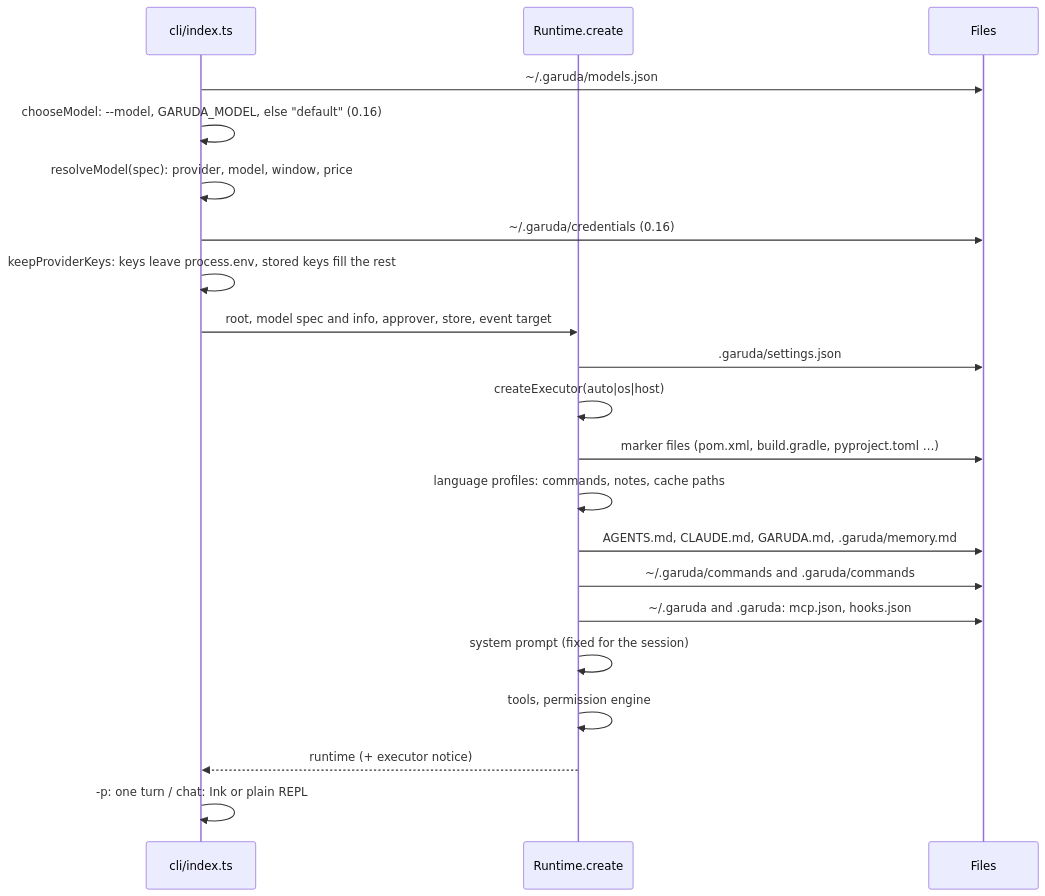
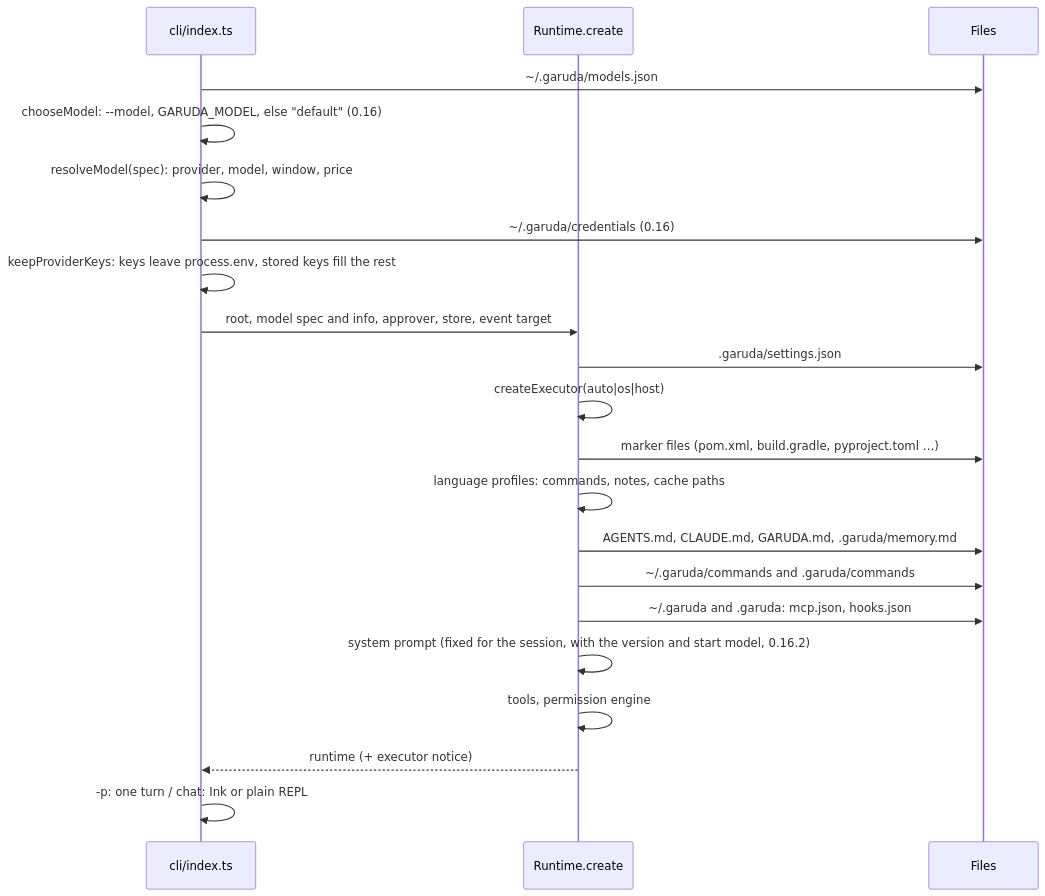
Before and after one commit to madhu-sv/garuda: the first of 10 diagrams in docs/hld.md, drawn with Mermaid. The commit also changed 14 other files, not shown here.

First line of the commit message:
Prompt: name Garuda's version and the model (0.16.2) (#7)

````diff
--- a/docs/hld.md
+++ b/docs/hld.md
@@ -25,23 +25,23 @@
 ```mermaid
 sequenceDiagram
   participant CLI as cli/index.ts
   participant RT as Runtime.create
   participant FS as Files
   CLI->>FS: ~/.garuda/models.json
   CLI->>CLI: chooseModel: --model, GARUDA_MODEL, else "default" (0.16)
   CLI->>CLI: resolveModel(spec): provider, model, window, price
   CLI->>FS: ~/.garuda/credentials (0.16)
   CLI->>CLI: keepProviderKeys: keys leave process.env, stored keys fill the rest
   CLI->>RT: root, model spec and info, approver, store, event target
   RT->>FS: .garuda/settings.json
   RT->>RT: createExecutor(auto|os|host)
   RT->>FS: marker files (pom.xml, build.gradle, pyproject.toml …)
   RT->>RT: language profiles: commands, notes, cache paths
   RT->>FS: AGENTS.md, CLAUDE.md, GARUDA.md, .garuda/memory.md
   RT->>FS: ~/.garuda/commands and .garuda/commands
   RT->>FS: ~/.garuda and .garuda: mcp.json, hooks.json
-  RT->>RT: system prompt (fixed for the session)
+  RT->>RT: system prompt (fixed for the session, with the version and start model, 0.16.2)
   RT->>RT: tools, permission engine
   RT-->>CLI: runtime (+ executor notice)
   CLI->>CLI: -p: one turn / chat: Ink or plain REPL
 ```
````
